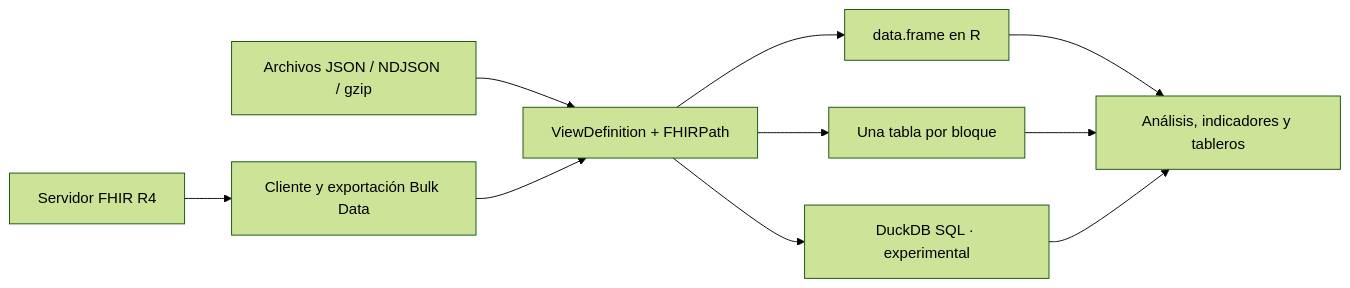
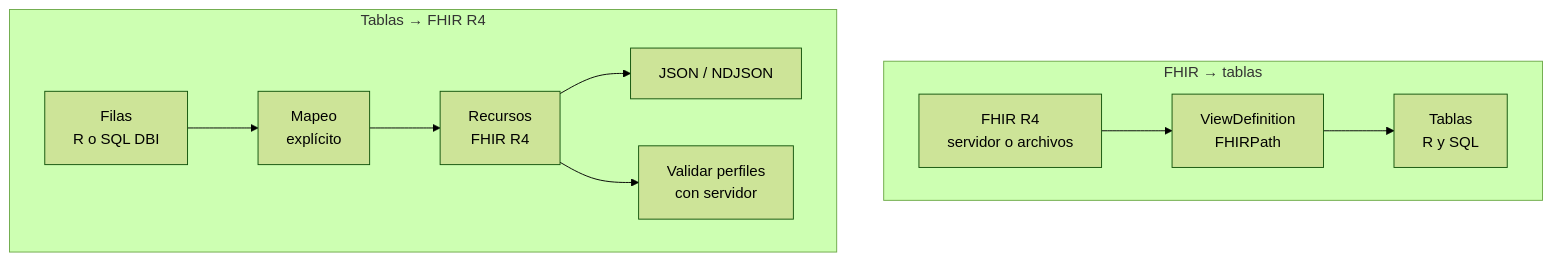
The first of 10 diagrams in README.md (f-slg/fhirviews), drawn with Mermaid (forest theme) before and after one commit. The commit also changed other lines of this file and 5 other files, not shown here.

Commit message:
Replace opening diagram with Mermaid and document the R4 and Rust scope

````diff
--- a/README.md
+++ b/README.md
@@ -99,12 +39,17 @@
 ```mermaid
-flowchart LR
-    A["Archivos JSON / NDJSON / gzip"] --> V["ViewDefinition + FHIRPath"]
-    B["Servidor FHIR R4"] --> C["Cliente y exportación Bulk Data"]
-    C --> V
-    V --> D["data.frame en R"]
-    V --> E["Una tabla por bloque"]
-    V --> F["DuckDB SQL · experimental"]
-    D --> G["Análisis, indicadores y tableros"]
-    E --> G
-    F --> G
+flowchart TB
+    accTitle: Recorridos de fhirviews con FHIR R4
+    accDescr: Una vista extrae tablas de recursos FHIR. Otro recorrido construye recursos R4 desde filas mediante un mapeo explicito, conserva decimales y permite validar perfiles.
+    subgraph LECTURA["FHIR → tablas"]
+        direction LR
+        FHIR["FHIR R4<br/>servidor o archivos"] --> VIEW["ViewDefinition<br/>FHIRPath"]
+        VIEW --> TABLE["Tablas<br/>R y SQL"]
+    end
+    subgraph CONSTRUCCION["Tablas → FHIR R4"]
+        direction LR
+        ROWS["Filas<br/>R o SQL DBI"] --> MAP["Mapeo<br/>explícito"]
+        MAP --> R4["Recursos<br/>FHIR R4"]
+        R4 --> OUT["JSON / NDJSON"]
+        R4 --> PROFILE["Validar perfiles<br/>con servidor"]
+    end
 ```
````
